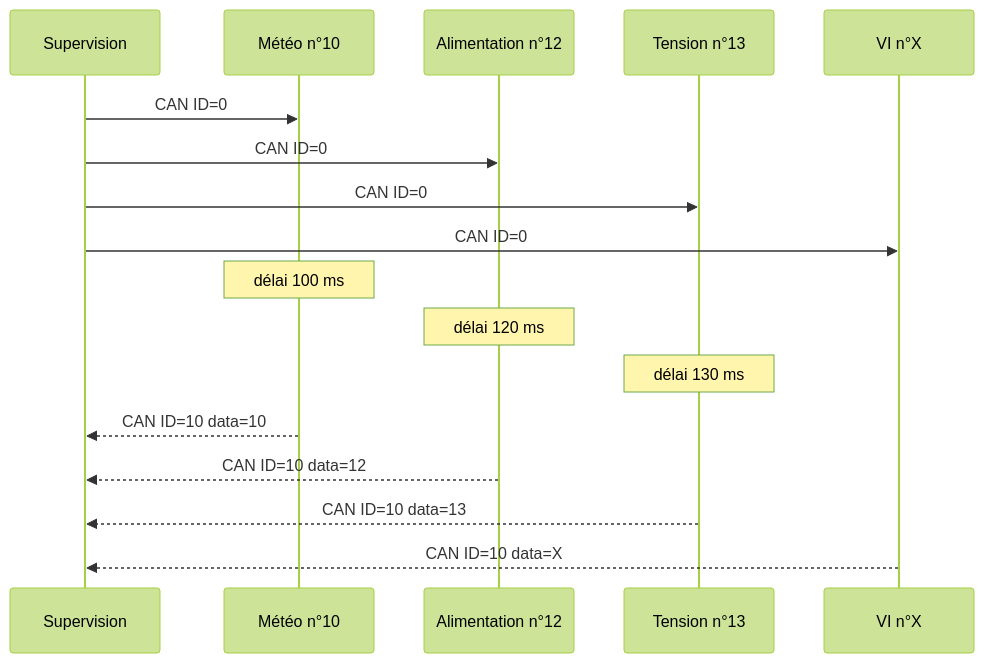
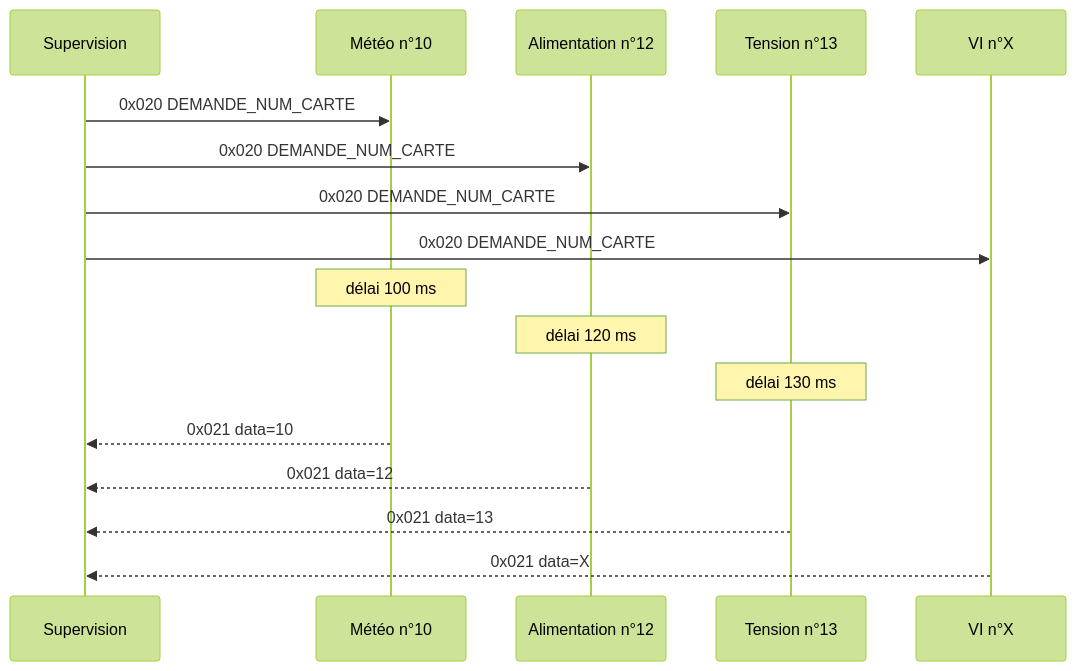
One commit to baptisteB00/Projet_LAOS changed the first of 3 diagrams in docs/can_protocol.md. Above: the diagram before and after it, drawn with Mermaid (forest theme). The commit also changed other lines of this file and 9 other files, not shown here.

````diff
--- a/docs/can_protocol.md
+++ b/docs/can_protocol.md
@@ -103,22 +139,22 @@
 ```mermaid
 sequenceDiagram
     participant SUP as Supervision
     participant C10 as Météo n°10
     participant C12 as Alimentation n°12
     participant C13 as Tension n°13
     participant VI as VI n°X
 
-    SUP->>C10: CAN ID=0
-    SUP->>C12: CAN ID=0
-    SUP->>C13: CAN ID=0
-    SUP->>VI: CAN ID=0
+    SUP->>C10: 0x020 DEMANDE_NUM_CARTE
+    SUP->>C12: 0x020 DEMANDE_NUM_CARTE
+    SUP->>C13: 0x020 DEMANDE_NUM_CARTE
+    SUP->>VI: 0x020 DEMANDE_NUM_CARTE
 
     Note over C10: délai 100 ms
     Note over C12: délai 120 ms
     Note over C13: délai 130 ms
 
-    C10-->>SUP: CAN ID=10 data=10
-    C12-->>SUP: CAN ID=10 data=12
-    C13-->>SUP: CAN ID=10 data=13
-    VI-->>SUP: CAN ID=10 data=X
+    C10-->>SUP: 0x021 data=10
+    C12-->>SUP: 0x021 data=12
+    C13-->>SUP: 0x021 data=13
+    VI-->>SUP: 0x021 data=X
 ```
````
